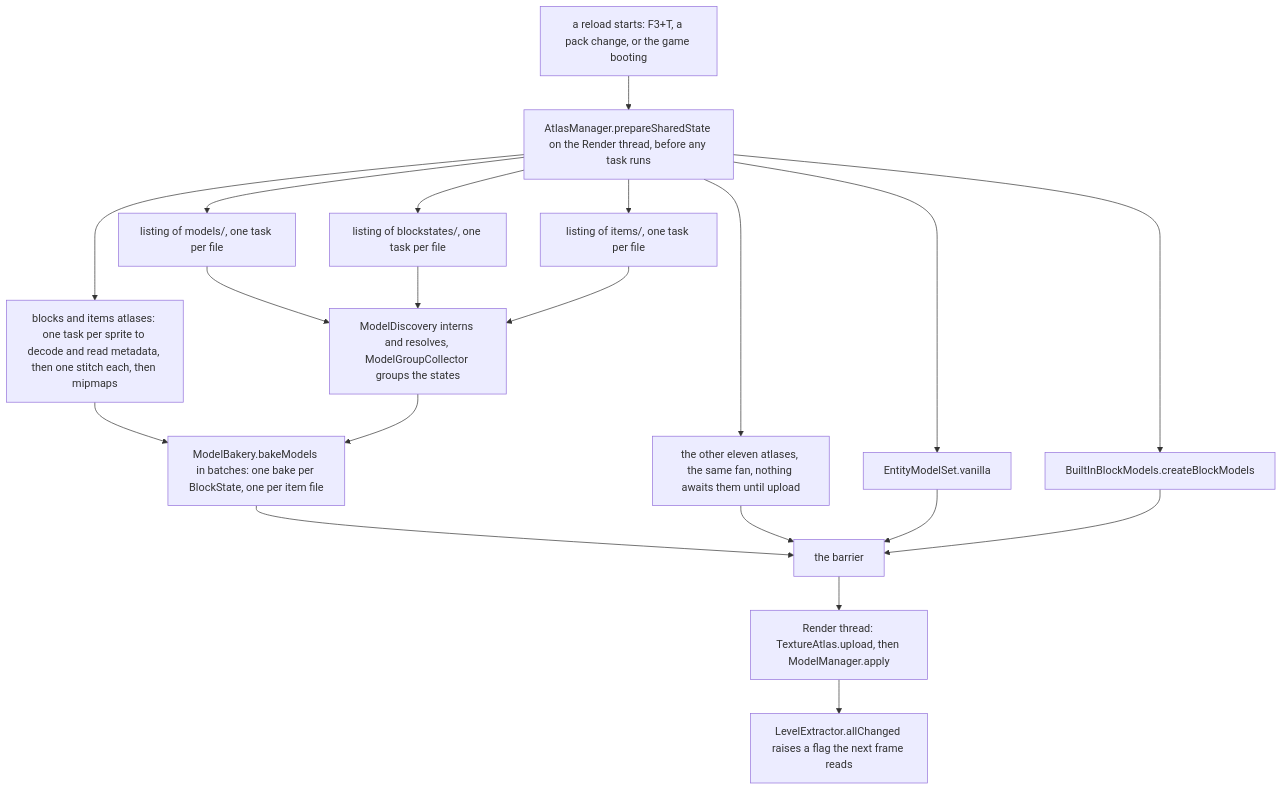
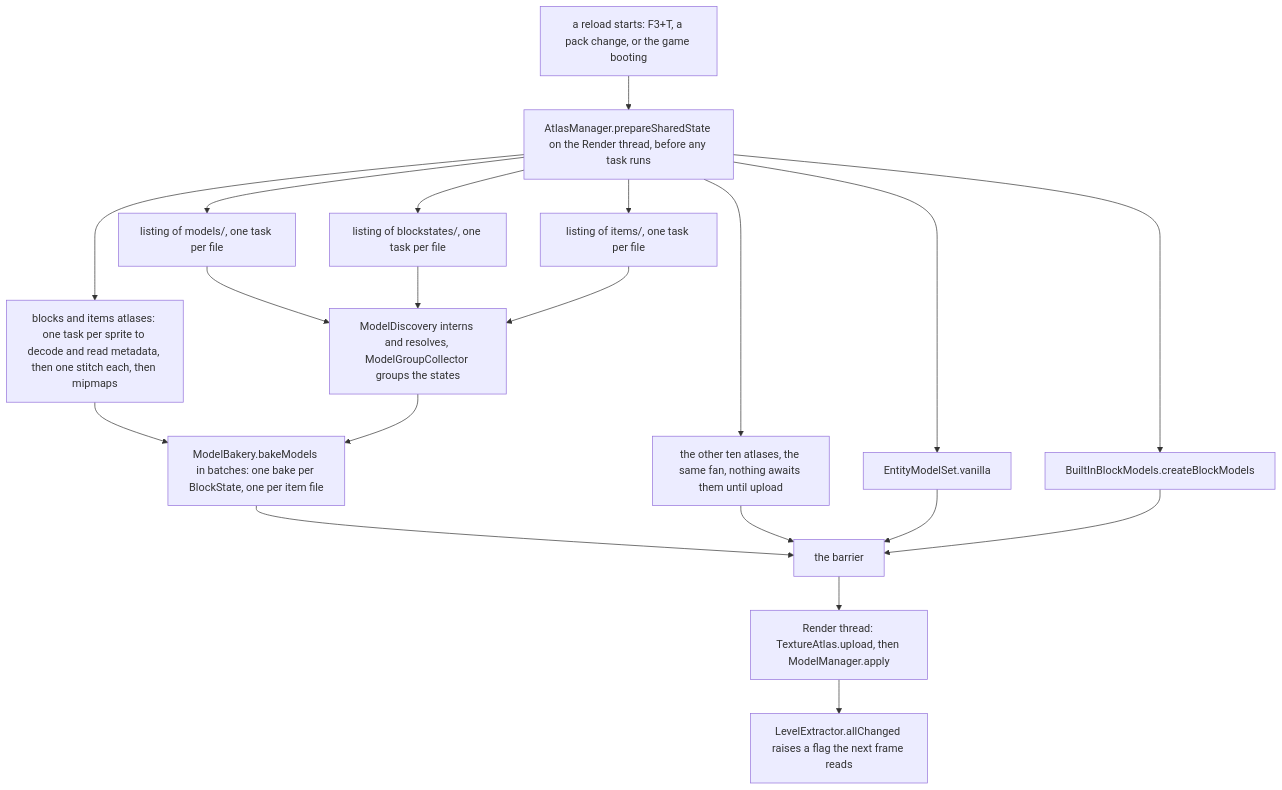
One commit to AlexanderjFraser/MinecraftDocs changed the diagram in src/systems/rendering/models-and-atlases.md. Above: the diagram before and after it, drawn with Mermaid. The commit also changed other lines of this file and 68 other files, not shown here.

````diff
--- a/src/systems/rendering/models-and-atlases.md
+++ b/src/systems/rendering/models-and-atlases.md
@@ -43,23 +43,23 @@
 ```mermaid
 flowchart TD
     RL["a reload starts: F3+T, a pack change, or the game booting"]
     HS["AtlasManager.prepareSharedState on the Render thread, before any task runs"]
     S1["blocks and items atlases: one task per sprite to decode and read metadata, then one stitch each, then mipmaps"]
-    S2["the other eleven atlases, the same fan, nothing awaits them until upload"]
+    S2["the other ten atlases, the same fan, nothing awaits them until upload"]
     L1["listing of models/, one task per file"]
     L2["listing of blockstates/, one task per file"]
     L3["listing of items/, one task per file"]
     L4["EntityModelSet.vanilla"]
     L5["BuiltInBlockModels.createBlockModels"]
     RES["ModelDiscovery interns and resolves, ModelGroupCollector groups the states"]
     BAKE["ModelBakery.bakeModels in batches: one bake per BlockState, one per item file"]
     BAR["the barrier"]
     UP["Render thread: TextureAtlas.upload, then ModelManager.apply"]
     INV["LevelExtractor.allChanged raises a flag the next frame reads"]
     RL --> HS
     HS --> S1 & S2 & L1 & L2 & L3 & L4 & L5
     L1 & L2 & L3 --> RES
     S1 & RES --> BAKE
     BAKE & S2 & L4 & L5 --> BAR
     BAR --> UP --> INV
 ```
````
